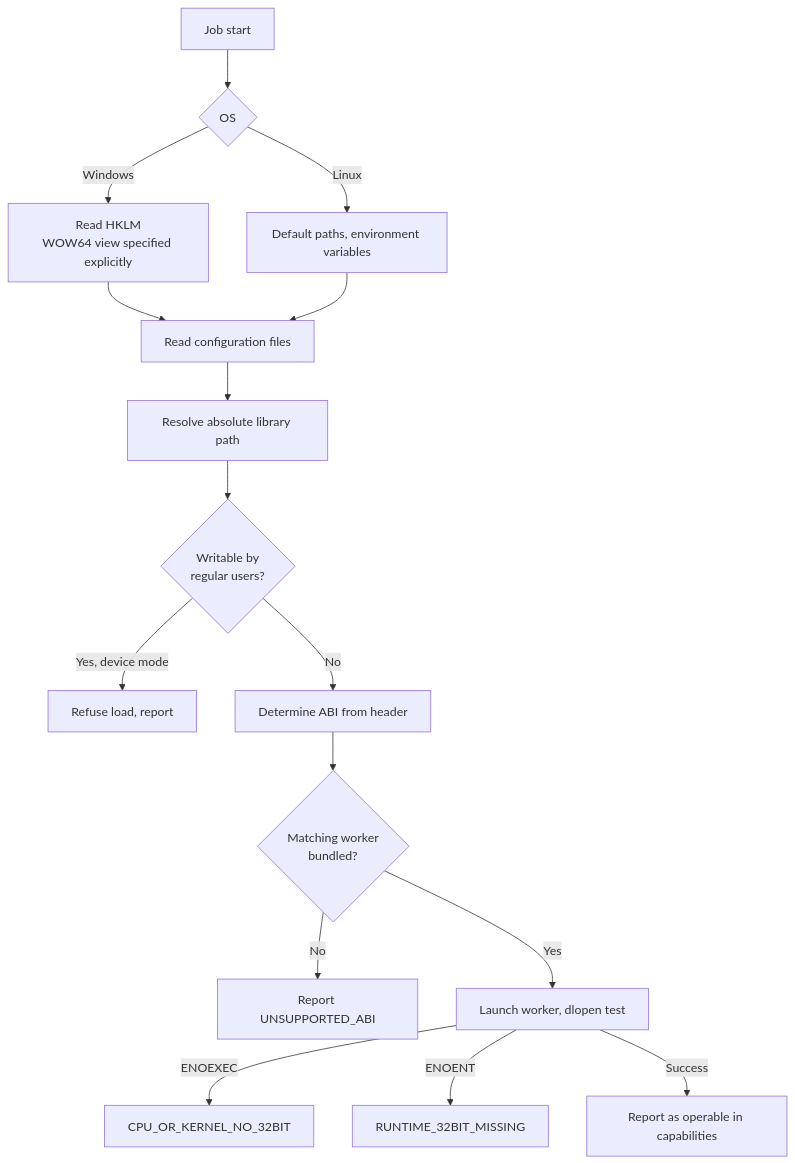
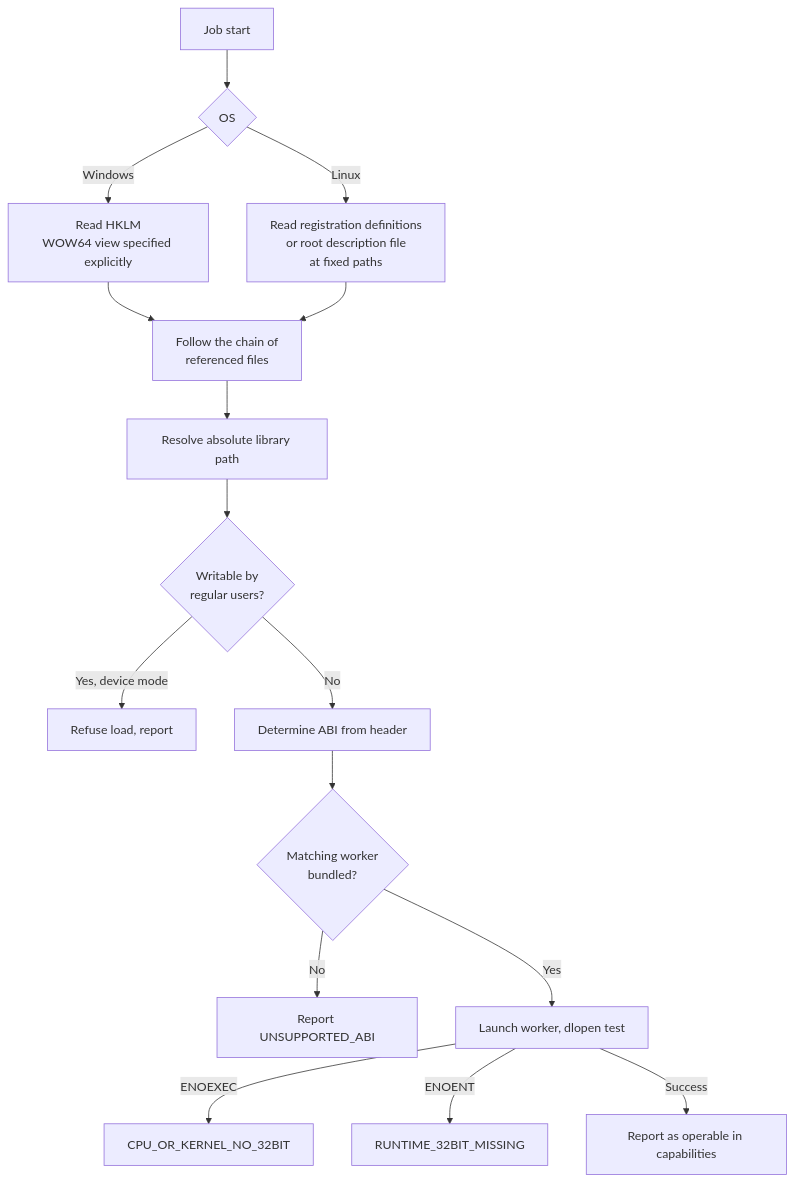
The fourth of 6 diagrams in docs/system-architecture.md (okayyoumay/nekoguruma), drawn with Mermaid before and after one commit. The commit also changed other lines of this file and 3 other files, not shown here.

````diff
--- a/docs/system-architecture.md
+++ b/docs/system-architecture.md
@@ -638,18 +638,18 @@
 ```mermaid
 flowchart TD
     S["Job start"] --> OS{OS}
     OS -->|Windows| REG["Read HKLM<br/>WOW64 view specified explicitly"]
-    OS -->|Linux| ENV["Default paths, environment variables"]
-    REG --> CFG["Read configuration files"]
+    OS -->|Linux| ENV["Read registration definitions<br/>or root description file<br/>at fixed paths"]
+    REG --> CFG["Follow the chain of<br/>referenced files"]
     ENV --> CFG
     CFG --> PATH["Resolve absolute library path"]
     PATH --> ACL{"Writable by<br/>regular users?"}
     ACL -->|Yes, device mode| REJ["Refuse load, report"]
     ACL -->|No| ABI["Determine ABI from header"]
     ABI --> HAVE{"Matching worker<br/>bundled?"}
     HAVE -->|No| UNSUP["Report UNSUPPORTED_ABI"]
     HAVE -->|Yes| EXEC["Launch worker, dlopen test"]
     EXEC -->|ENOEXEC| NO32["CPU_OR_KERNEL_NO_32BIT"]
     EXEC -->|ENOENT| MISS["RUNTIME_32BIT_MISSING"]
     EXEC -->|Success| OK["Report as operable in capabilities"]
 ```
````
